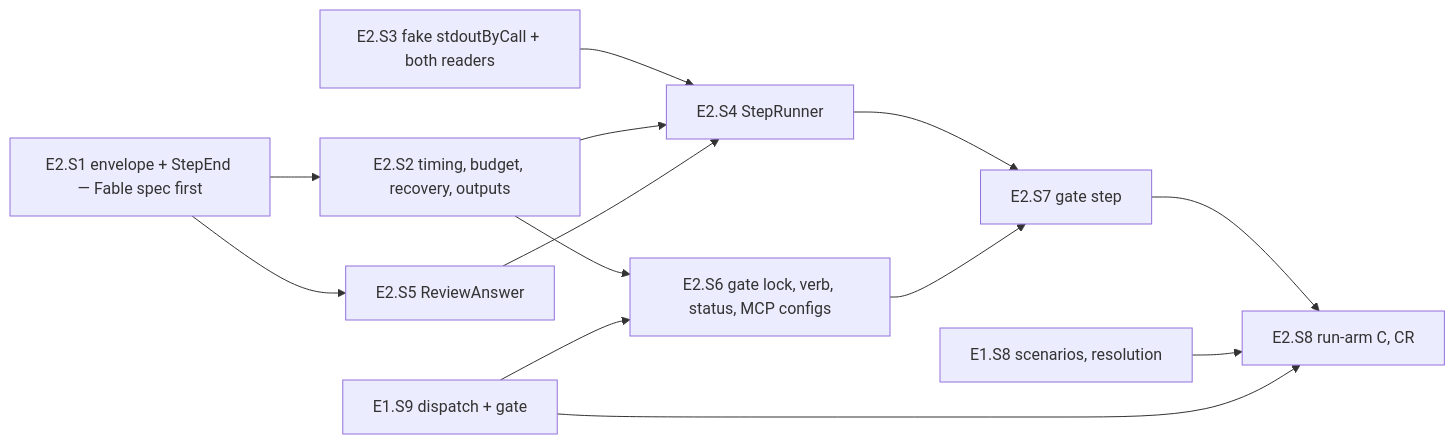
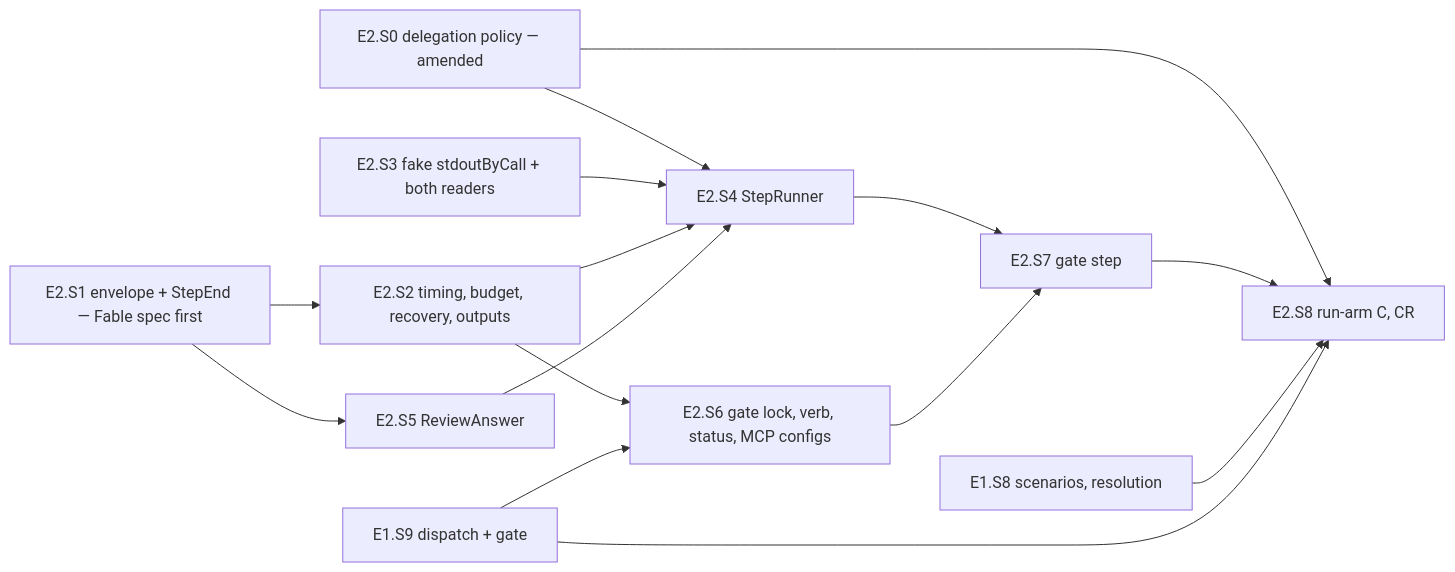
One commit to oleksandrdubyna88/dew_flow_benchmark changed the diagram in todo/PLAN_model_arms_E2.md. Above: the diagram before and after it, drawn with Mermaid. The commit also changed other lines of this file and 1 other file, not shown here.

````diff
--- a/todo/PLAN_model_arms_E2.md
+++ b/todo/PLAN_model_arms_E2.md
@@ -1145,15 +1354,17 @@
 ```mermaid
 flowchart LR
+    S0[E2.S0 delegation policy — amended] --> S4
+    S0 --> S8
     S1[E2.S1 envelope + StepEnd — Fable spec first] --> S2[E2.S2 timing, budget, recovery, outputs]
     S1 --> S5[E2.S5 ReviewAnswer]
     S3[E2.S3 fake stdoutByCall + both readers] --> S4
     S2 --> S4[E2.S4 StepRunner]
     S5 --> S4
     S2 --> S6[E2.S6 gate lock, verb, status, MCP configs]
     E19[E1.S9 dispatch + gate] --> S6
     S4 --> S7[E2.S7 gate step]
     S6 --> S7
     S7 --> S8[E2.S8 run-arm C, CR]
     E18[E1.S8 scenarios, resolution] --> S8
     E19 --> S8
 ```
````
